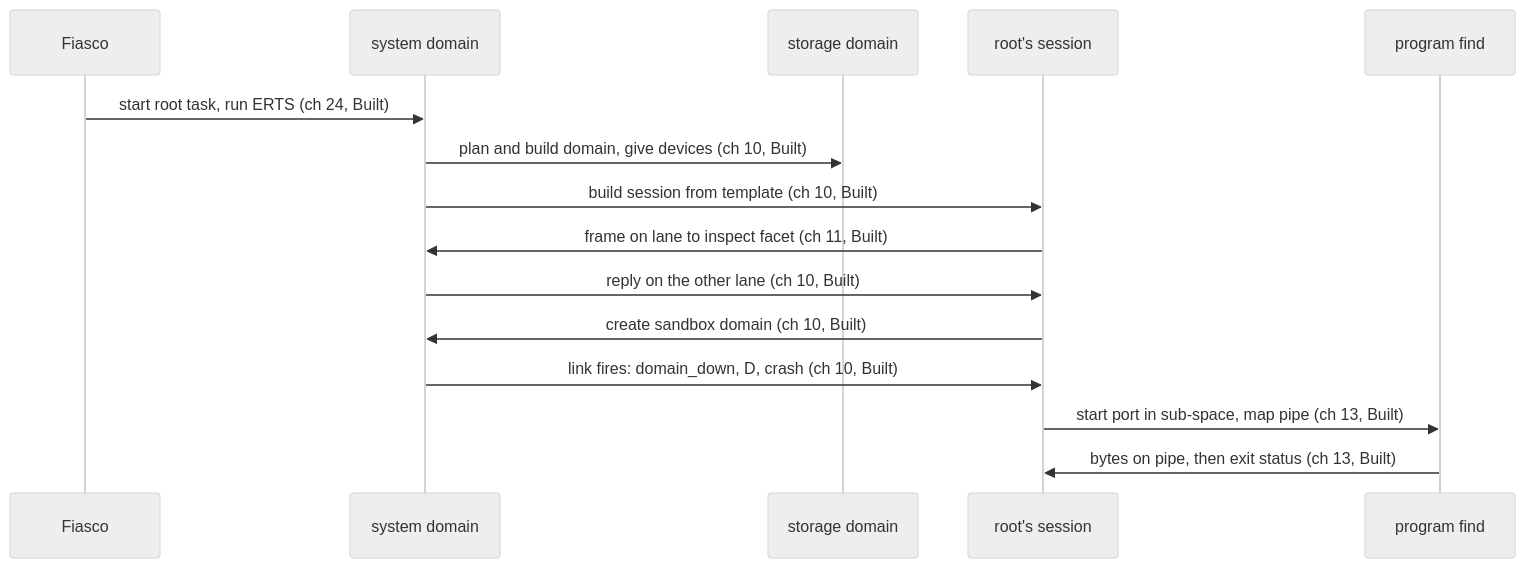
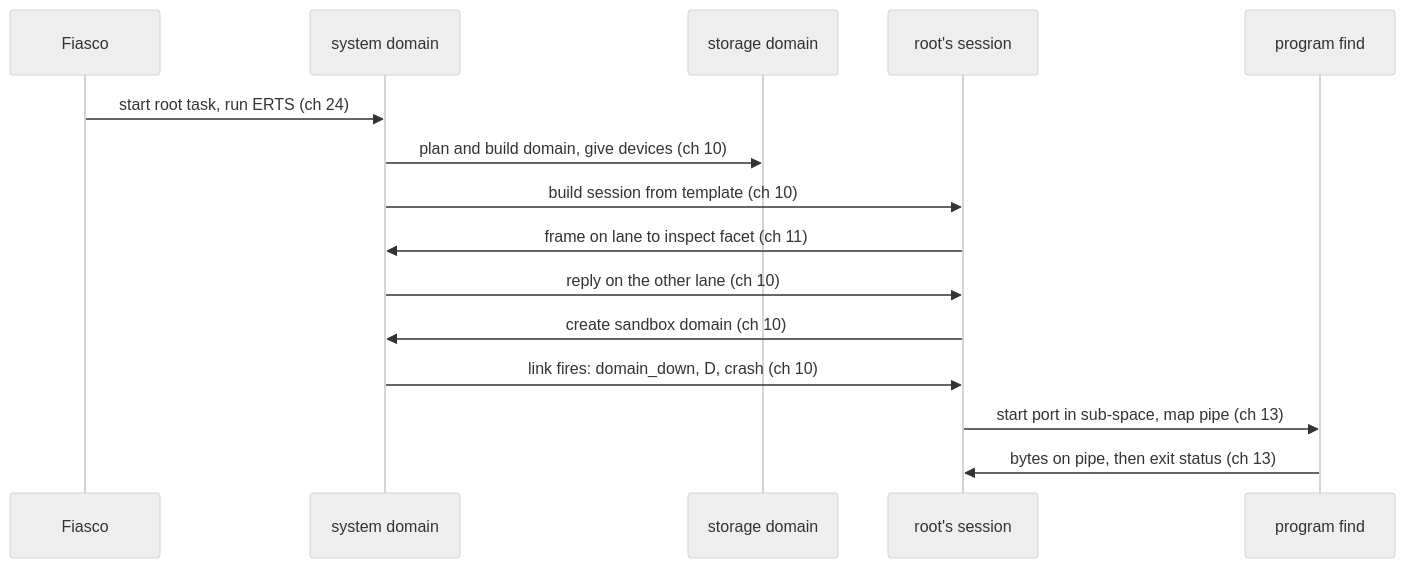
One commit to nshkrdotcom/erXos changed the second of 2 diagrams in docs/book/05-overview.md. Above: the diagram before and after it, drawn with Mermaid (neutral theme). The commit also changed other lines of this file, not shown here.

````diff
--- a/docs/book/05-overview.md
+++ b/docs/book/05-overview.md
@@ -671,17 +646,17 @@
 ```mermaid
 sequenceDiagram
     participant F as Fiasco
     participant S as system domain
     participant D as storage domain
     participant R as root's session
     participant P as program find
-    F->>S: start root task, run ERTS (ch 24, Built)
-    S->>D: plan and build domain, give devices (ch 10, Built)
-    S->>R: build session from template (ch 10, Built)
-    R->>S: frame on lane to inspect facet (ch 11, Built)
-    S->>R: reply on the other lane (ch 10, Built)
-    R->>S: create sandbox domain (ch 10, Built)
-    S->>R: link fires: domain_down, D, crash (ch 10, Built)
-    R->>P: start port in sub-space, map pipe (ch 13, Built)
-    P->>R: bytes on pipe, then exit status (ch 13, Built)
+    F->>S: start root task, run ERTS (ch 24)
+    S->>D: plan and build domain, give devices (ch 10)
+    S->>R: build session from template (ch 10)
+    R->>S: frame on lane to inspect facet (ch 11)
+    S->>R: reply on the other lane (ch 10)
+    R->>S: create sandbox domain (ch 10)
+    S->>R: link fires: domain_down, D, crash (ch 10)
+    R->>P: start port in sub-space, map pipe (ch 13)
+    P->>R: bytes on pipe, then exit status (ch 13)
 ```
````
